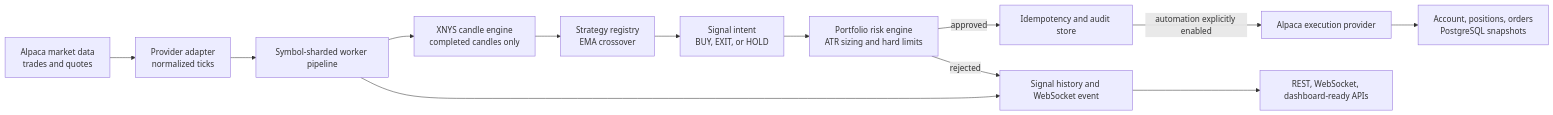
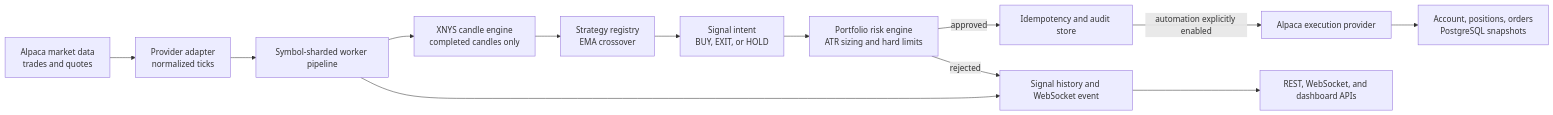
One commit to SushantManglekar/algo-trading-system changed the first of 4 diagrams in README.md. Above: the diagram before and after it, drawn with Mermaid. The commit also changed other lines of this file and 27 other files, not shown here.

````diff
--- a/README.md
+++ b/README.md
@@ -28,15 +30,15 @@
 ```mermaid
 flowchart LR
     Data["Alpaca market data\ntrades and quotes"] --> Provider["Provider adapter\nnormalized ticks"]
     Provider --> Pipeline["Symbol-sharded worker pipeline"]
     Pipeline --> Candle["XNYS candle engine\ncompleted candles only"]
     Candle --> Strategy["Strategy registry\nEMA crossover"]
     Strategy --> Intent["Signal intent\nBUY, EXIT, or HOLD"]
     Intent --> Risk["Portfolio risk engine\nATR sizing and hard limits"]
     Risk -->|approved| Audit["Idempotency and audit store"]
     Audit -->|automation explicitly enabled| Broker["Alpaca execution provider"]
     Risk -->|rejected| Events["Signal history and WebSocket event"]
     Broker --> Portfolio["Account, positions, orders\nPostgreSQL snapshots"]
     Pipeline --> Events
-    Events --> API["REST, WebSocket, dashboard-ready APIs"]
+    Events --> API["REST, WebSocket, and dashboard APIs"]
 ```
````
